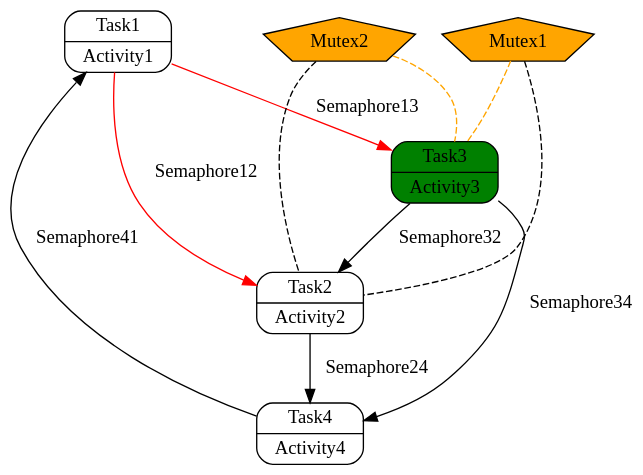
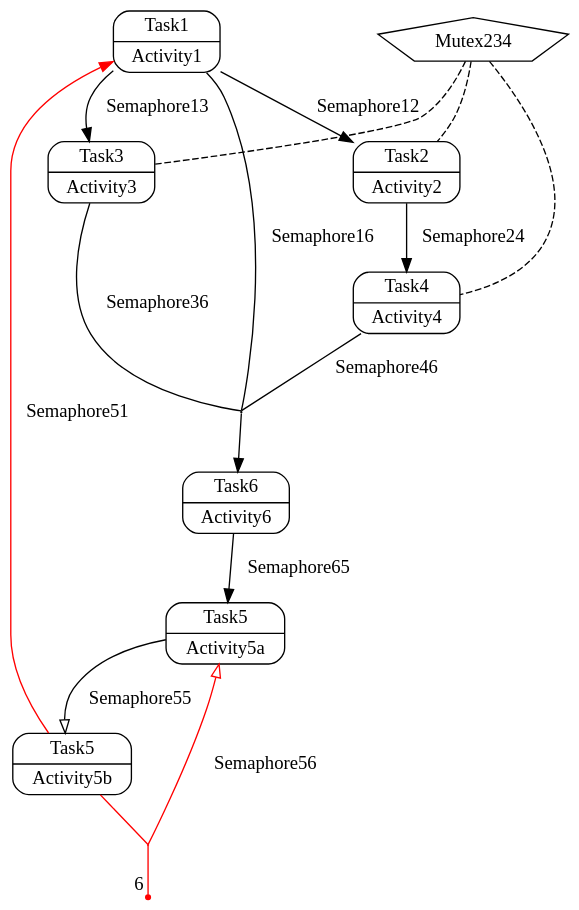
Before and after one commit to AdrianW424/Echtzeitsysteme_Projekt: the diagram in src/Digraph.gv, drawn with Graphviz. The commit also changed 4 other files, not shown here.

```diff
--- a/src/Digraph.gv
+++ b/src/Digraph.gv
@@ -1,20 +1,33 @@
 // Flowchart
 digraph {
 	graph [bgcolor=transparent]
+	size="10,10"
 	Activity1 [label="{Task1|Activity1}" color=black fillcolor=transparent fontcolor=black shape=record style="rounded,filled"]
 	Activity2 [label="{Task2|Activity2}" color=black fillcolor=transparent fontcolor=black shape=record style="rounded,filled"]
-	Activity3 [label="{Task3|Activity3}" color=black fillcolor=green fontcolor=black shape=record style="rounded,filled"]
+	Activity3 [label="{Task3|Activity3}" color=black fillcolor=transparent fontcolor=black shape=record style="rounded,filled"]
 	Activity4 [label="{Task4|Activity4}" color=black fillcolor=transparent fontcolor=black shape=record style="rounded,filled"]
-	Mutex1 [label=Mutex1 color=black fillcolor=orange fontcolor=black shape=polygon sides=5 style=filled]
-	Mutex1 -> Activity2 [arrowhead=none color=black splines=polyline style=dashed]
-	Mutex1 -> Activity3 [arrowhead=none color=orange splines=polyline style=dashed]
-	Mutex2 [label=Mutex2 color=black fillcolor=orange fontcolor=black shape=polygon sides=5 style=filled]
-	Mutex2 -> Activity2 [arrowhead=none color=black splines=polyline style=dashed]
-	Mutex2 -> Activity3 [arrowhead=none color=orange splines=polyline style=dashed]
-	Activity1 -> Activity2 [label=Semaphore12 color=red fontcolor=black splines=polyline]
-	Activity1 -> Activity3 [label=Semaphore13 color=red fontcolor=black splines=polyline]
+	Activity5 [label="{Task5|Activity5a}" color=black fillcolor=transparent fontcolor=black shape=record style="rounded,filled"]
+	Activity7 [label="{Task5|Activity5b}" color=black fillcolor=transparent fontcolor=black shape=record style="rounded,filled"]
+	Activity6 [label="{Task6|Activity6}" color=black fillcolor=transparent fontcolor=black shape=record style="rounded,filled"]
+	Mutex234 [label=Mutex234 color=black fillcolor=transparent fontcolor=black shape=polygon sides=5 style=filled]
+	Mutex234 -> Activity2 [arrowhead=none color=black splines=polyline style=dashed]
+	Mutex234 -> Activity3 [arrowhead=none color=black splines=polyline style=dashed]
+	Mutex234 -> Activity4 [arrowhead=none color=black splines=polyline style=dashed]
+	Activity1 -> Activity2 [label=Semaphore12 color=black fontcolor=black splines=polyline]
+	Activity1 -> Activity3 [label=Semaphore13 color=black fontcolor=black splines=polyline]
+	Dummy0 [color=black height=0.01 shape=point width=0.01]
+	Activity1 -> Dummy0 [label=Semaphore16 arrowhead=none color=black fontcolor=black splines=polyline]
+	Activity3 -> Dummy0 [label=Semaphore36 arrowhead=none color=black fontcolor=black splines=polyline]
+	Activity4 -> Dummy0 [label=Semaphore46 arrowhead=none color=black fontcolor=black splines=polyline]
+	Dummy0 [color=black height=0.01 shape=point width=0.01]
+	Dummy0 -> Activity6 [arrowhead=normal color=black splines=polyline]
 	Activity2 -> Activity4 [label=Semaphore24 color=black fontcolor=black splines=polyline]
-	Activity3 -> Activity4 [label=Semaphore34 color=black fontcolor=black splines=polyline]
-	Activity3 -> Activity2 [label=Semaphore32 color=black fontcolor=black splines=polyline]
-	Activity4 -> Activity1 [label=Semaphore41 color=black fontcolor=black splines=polyline]
+	Activity5 -> Activity7 [label=Semaphore55 arrowhead=onormal color=black fontcolor=black splines=polyline]
+	Activity7 -> Activity1 [label=Semaphore51 color=red fontcolor=black splines=polyline]
+	Dummy1 [color=red height=0.01 shape=point width=0.01]
+	Activity7 -> Dummy1 [arrowhead=none color=red splines=polyline]
+	Dummy1 -> Activity5 [label=Semaphore56 arrowhead=onormal color=red fontcolor=black splines=polyline]
+	Dummy2 [color=red fontcolor=black shape=point xlabel=6]
+	Dummy1 -> Dummy2 [arrowhead=none color=red splines=polyline]
+	Activity6 -> Activity5 [label=Semaphore65 color=black fontcolor=black splines=polyline]
 }
```
